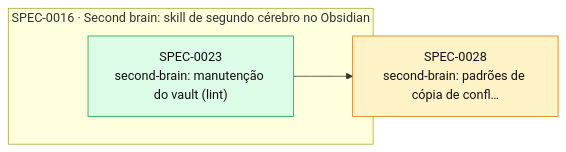
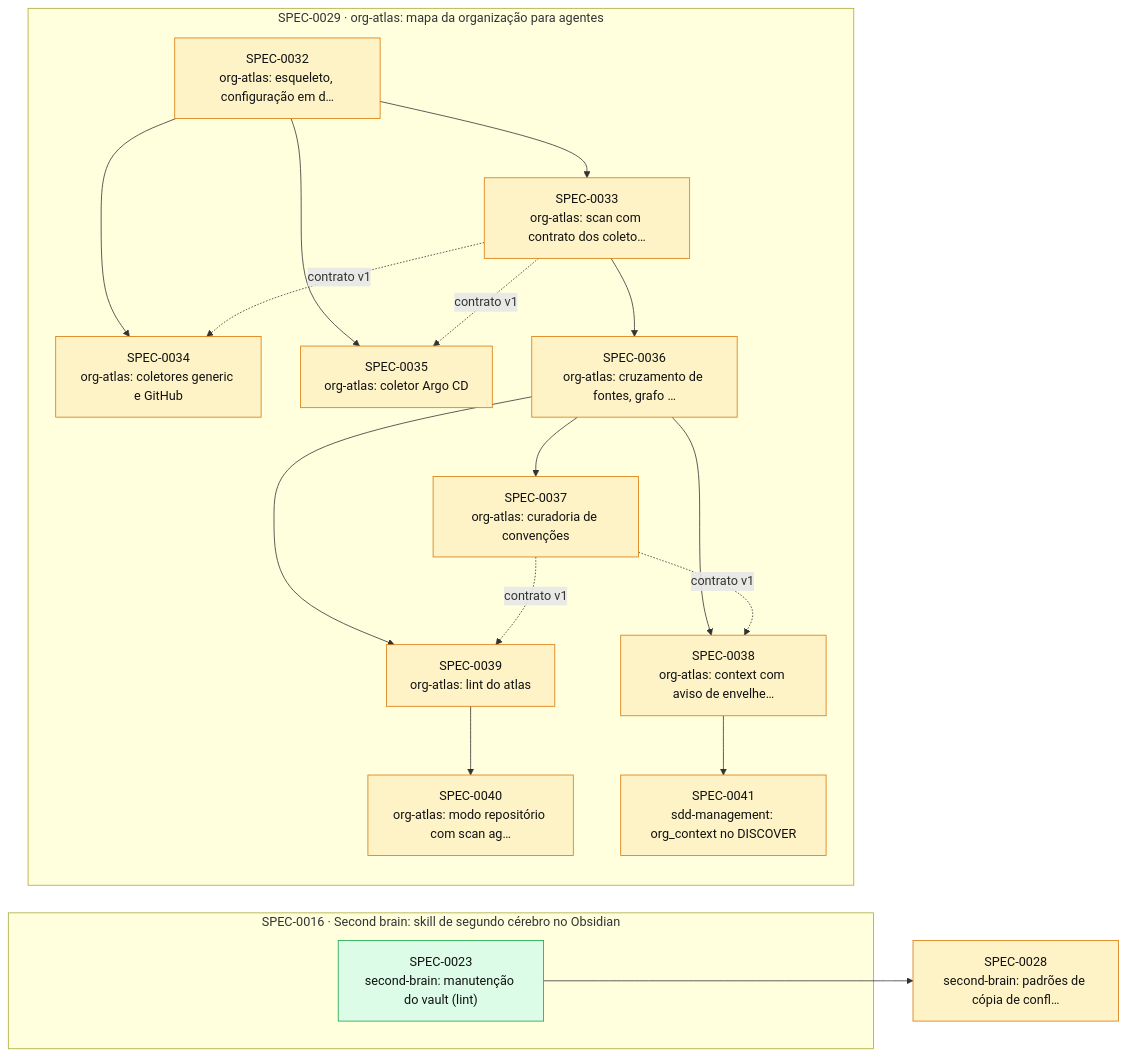
Before and after one commit to thomasravache/ai-dev-brain: the diagram in docs/specs/INDEX.md, drawn with Mermaid. The commit also changed other lines of this file and 13 other files, not shown here.

First line of the commit message:
docs(specs): filhas da SPEC-0029 e ADRs do modelo neutro e da curadoria

````diff
--- a/docs/specs/INDEX.md
+++ b/docs/specs/INDEX.md
@@ -48,13 +58,38 @@
 ```mermaid
 flowchart LR
   S0028["SPEC-0028<br/>second-brain: padrões de cópia de confl…"]:::proposed
   subgraph E0016["SPEC-0016 · Second brain: skill de segundo cérebro no Obsidian"]
     S0023["SPEC-0023<br/>second-brain: manutenção do vault (lint)"]:::implemented
   end
+  subgraph E0029["SPEC-0029 · org-atlas: mapa da organização para agentes"]
+    S0032["SPEC-0032<br/>org-atlas: esqueleto, configuração em d…"]:::proposed
+    S0033["SPEC-0033<br/>org-atlas: scan com contrato dos coleto…"]:::proposed
+    S0034["SPEC-0034<br/>org-atlas: coletores generic e GitHub"]:::proposed
+    S0035["SPEC-0035<br/>org-atlas: coletor Argo CD"]:::proposed
+    S0036["SPEC-0036<br/>org-atlas: cruzamento de fontes, grafo …"]:::proposed
+    S0037["SPEC-0037<br/>org-atlas: curadoria de convenções"]:::proposed
+    S0038["SPEC-0038<br/>org-atlas: context com aviso de envelhe…"]:::proposed
+    S0039["SPEC-0039<br/>org-atlas: lint do atlas"]:::proposed
+    S0040["SPEC-0040<br/>org-atlas: modo repositório com scan ag…"]:::proposed
+    S0041["SPEC-0041<br/>sdd-management: org_context no DISCOVER"]:::proposed
+  end
   S0023 --> S0028
+  S0032 --> S0033
+  S0032 --> S0034
+  S0033 -. contrato v1 .-> S0034
+  S0032 --> S0035
+  S0033 -. contrato v1 .-> S0035
+  S0033 --> S0036
+  S0036 --> S0037
+  S0036 --> S0038
+  S0037 -. contrato v1 .-> S0038
+  S0036 --> S0039
+  S0037 -. contrato v1 .-> S0039
+  S0039 --> S0040
+  S0038 --> S0041
   classDef proposed fill:#fef3c7,stroke:#d97706,color:#111
   classDef approved fill:#dbeafe,stroke:#2563eb,color:#111
   classDef inprogress fill:#ede9fe,stroke:#7c3aed,color:#111
   classDef implemented fill:#dcfce7,stroke:#16a34a,color:#111
   classDef deprecated fill:#f3f4f6,stroke:#9ca3af,color:#6b7280
 ```
````
